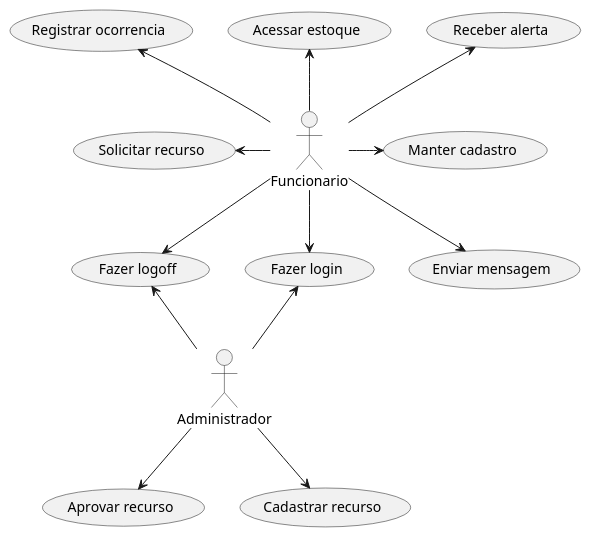
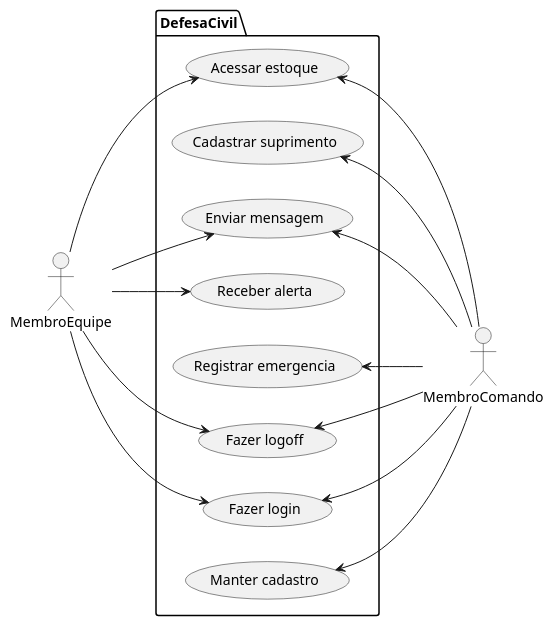
Before and after one commit to isabel-petry/software-engineering: the diagram in Diagrams/useCases.wsd, drawn with PlantUML. The commit also changed 3 other files, not shown here.

Commit message:
requisitos e diagrama atualizados

```diff
--- a/Diagrams/useCases.wsd
+++ b/Diagrams/useCases.wsd
@@ -1,17 +1,29 @@
 @startuml
 
-:Funcionario: -right-> (Manter cadastro)
-:Funcionario: -down-> (Fazer login)
-:Funcionario: -down-> (Fazer logoff)
-:Funcionario: -up-> (Receber alerta)
-:Funcionario: -down-> (Enviar mensagem)
-:Funcionario: -up-> (Acessar estoque)
-:Funcionario: -left-> (Solicitar recurso)
-:Funcionario: -up-> (Registrar ocorrencia)
+left to right direction
+package DefesaCivil {
+    usecase "Acessar estoque" as acessarEstoque
+    usecase "Cadastrar suprimento" as cadastrarSuprimento
+    usecase "Enviar mensagem" as mensagem
+    usecase "Receber alerta" as receberAlerta
+    usecase "Registrar emergencia" as registrarEmergencia
+    usecase "Fazer logoff" as fazerLogoff
+    usecase "Fazer login" as fazerLogin
+    usecase "Manter cadastro" as manterCadastro
+}
 
-:Administrador: -up-> (Fazer login)
-:Administrador: -up-> (Fazer logoff)
-:Administrador: -down-> (Aprovar recurso)
-:Administrador: --> (Cadastrar recurso)
+:MembroEquipe: --> fazerLogin
+:MembroEquipe: --> fazerLogoff
+:MembroEquipe: --> receberAlerta
+:MembroEquipe: --> acessarEstoque
+:MembroEquipe: --> mensagem
+
+registrarEmergencia <-- :MembroComando: 
+fazerLogin <-- :MembroComando: 
+fazerLogoff <-- :MembroComando: 
+acessarEstoque <-- :MembroComando: 
+cadastrarSuprimento <-- :MembroComando: 
+manterCadastro <-- :MembroComando: 
+mensagem <-- :MembroComando: 
 
 @enduml
```
